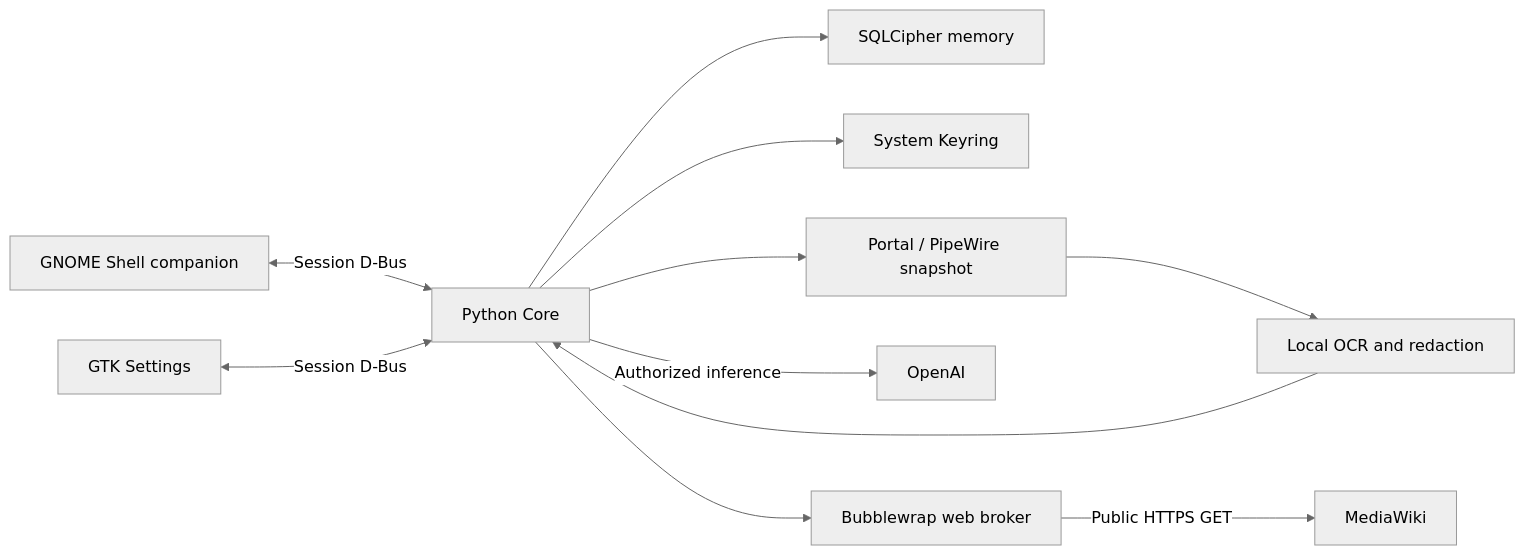
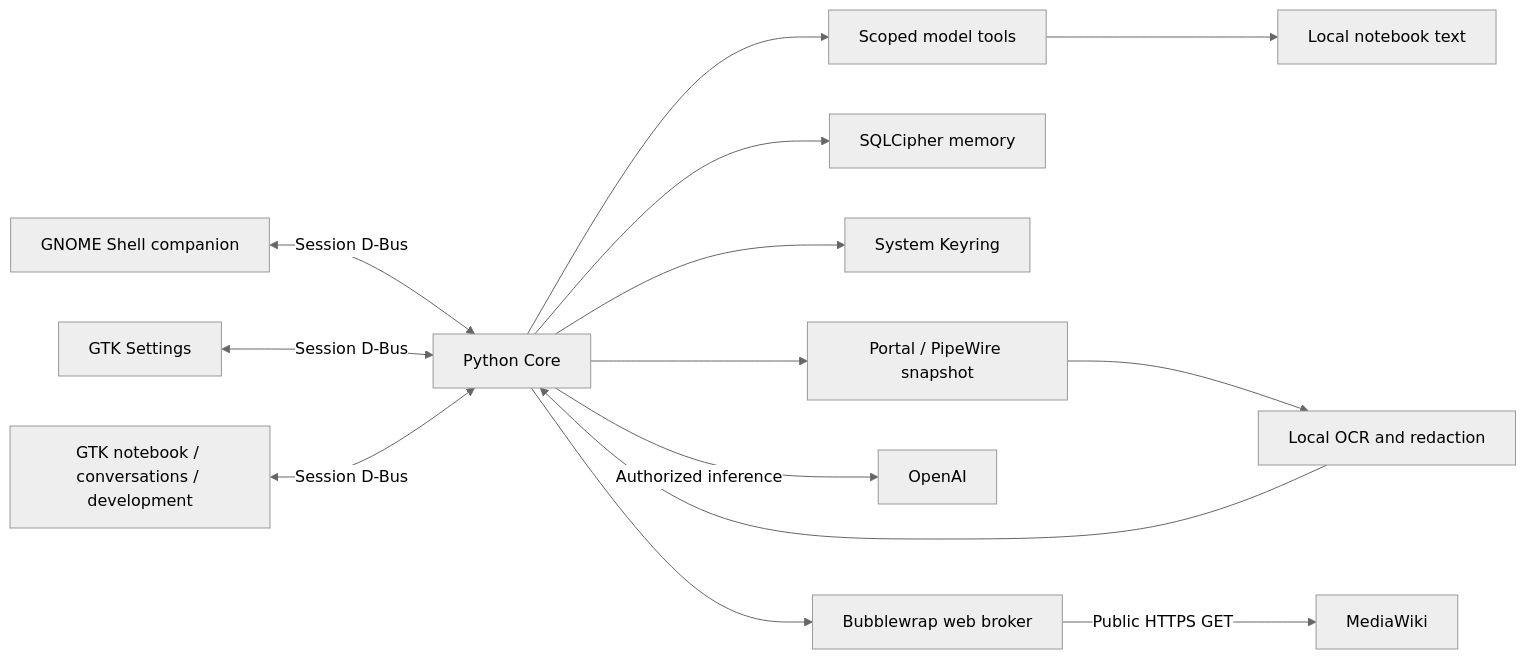
One commit to piotr-adamski/zenek-desktop changed the diagram in docs/architecture.md. Above: the diagram before and after it, drawn with Mermaid (neutral theme). The commit also changed other lines of this file and 43 other files, not shown here.

Commit message:
feat: release 0.2.0 with autonomous development and native workspace

````diff
--- a/docs/architecture.md
+++ b/docs/architecture.md
@@ -5,13 +5,16 @@
 ```mermaid
 flowchart LR
     UI[GNOME Shell companion] <-->|Session D-Bus| Core[Python Core]
     Settings[GTK Settings] <-->|Session D-Bus| Core
+    Workspace[GTK notebook / conversations / development] <-->|Session D-Bus| Core
+    Core --> Tools[Scoped model tools]
+    Tools --> Notes[Local notebook text]
     Core --> DB[SQLCipher memory]
     Core --> Keys[System Keyring]
     Core --> Capture[Portal / PipeWire snapshot]
     Capture --> OCR[Local OCR and redaction]
     OCR --> Core
     Core -->|Authorized inference| OpenAI[OpenAI]
     Core --> Broker[Bubblewrap web broker]
     Broker -->|Public HTTPS GET| Web[MediaWiki]
 ```
````
